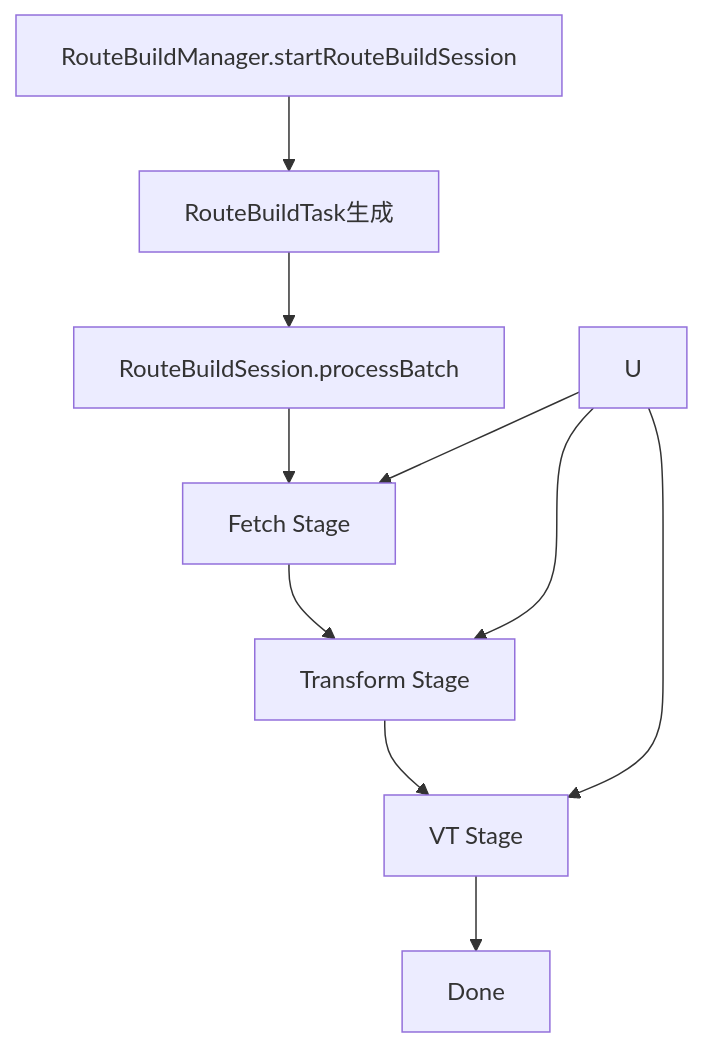
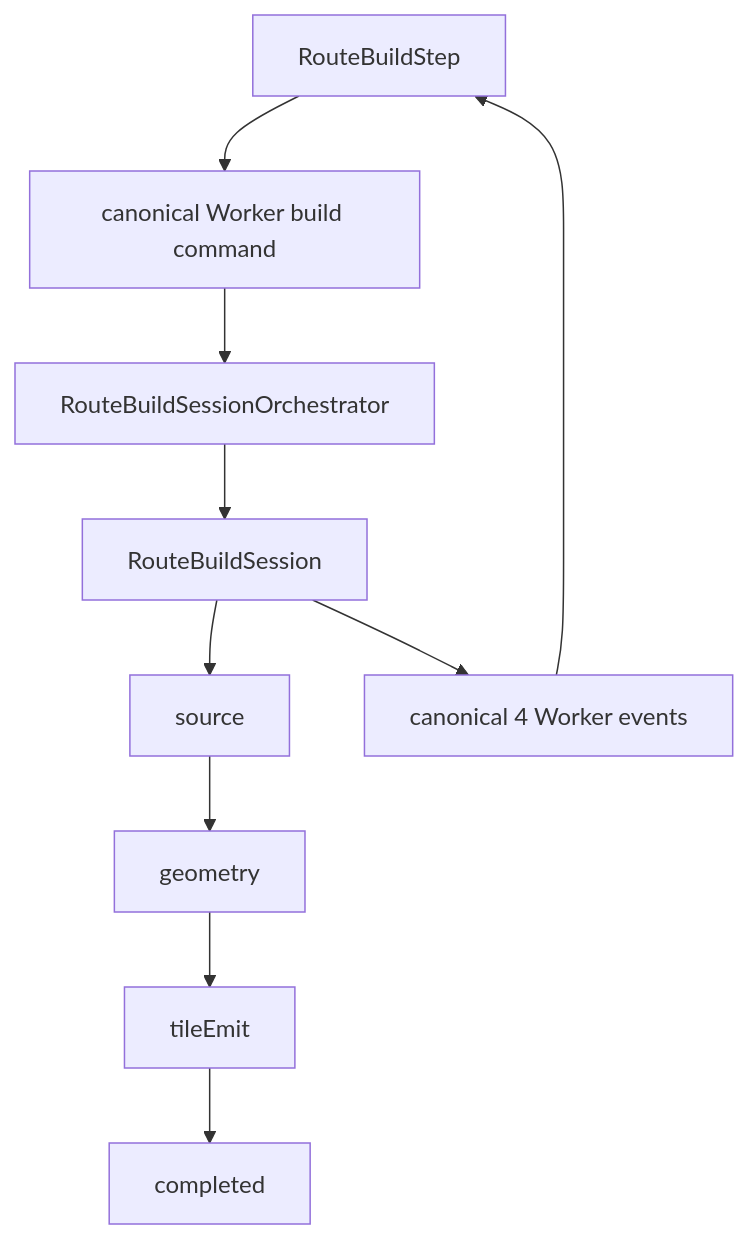
One commit to kubohiroya/hierarchidb changed the first of 5 diagrams in plans/current-route-stage-flow.md. Above: the diagram before and after it, drawn with Mermaid. The commit also changed other lines of this file and 6 other files, not shown here.

Commit message:
docs(route): reconcile canonical build flow spec #261

````diff
--- a/plans/current-route-stage-flow.md
+++ b/plans/current-route-stage-flow.md
@@ -29,13 +16,13 @@
 ```mermaid
 flowchart TD
-  A[RouteBuildManager.startRouteBuildSession] --> A1[RouteBuildTask生成]
-  A1 --> A2[RouteBuildSession.processBatch]
-  A2 --> R1[Fetch Stage]
-  R1 --> R2[Transform Stage]
-  R2 --> R3[VT Stage]
-  R3 --> R4[Done]
+  UI[RouteBuildStep] --> CMD[canonical Worker build command]
+  CMD --> ORCH[RouteBuildSessionOrchestrator]
+  ORCH --> SESSION[RouteBuildSession]
+  SESSION --> SOURCE[source]
+  SOURCE --> GEOMETRY[geometry]
+  GEOMETRY --> TILE[tileEmit]
+  TILE --> DONE[completed]
 
-  U --> R1
-  U --> R2
-  U --> R3
+  SESSION --> EVENTS[canonical 4 Worker events]
+  EVENTS --> UI
 ```
````
